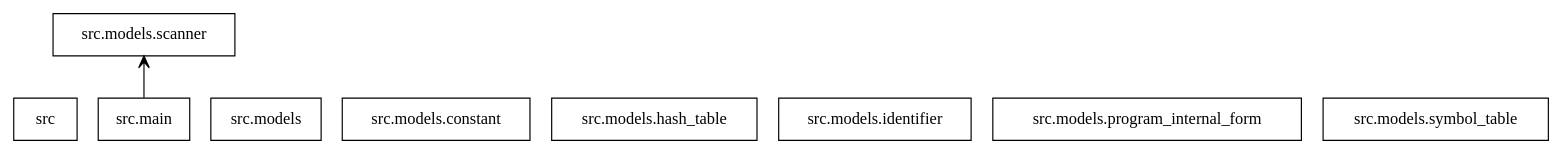
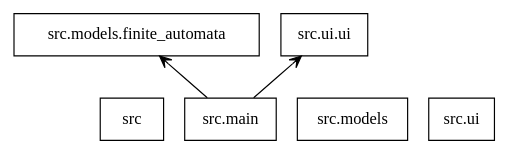
One commit to adrian-popa/flcd changed the diagram in Lab4/packages.dot. Above: the diagram before and after it, drawn with Graphviz. The commit also changed 47 other files, not shown here.

Commit message:
Added Lab4 (Finite Automata elements in Python)

```diff
--- a/Lab4/packages.dot
+++ b/Lab4/packages.dot
@@ -1,14 +1,12 @@
 digraph "packages" {
 charset="utf-8"
 rankdir=BT
 "0" [label="src", shape="box"];
 "1" [label="src.main", shape="box"];
 "2" [label="src.models", shape="box"];
-"3" [label="src.models.constant", shape="box"];
-"4" [label="src.models.hash_table", shape="box"];
-"5" [label="src.models.identifier", shape="box"];
-"6" [label="src.models.program_internal_form", shape="box"];
-"7" [label="src.models.scanner", shape="box"];
-"8" [label="src.models.symbol_table", shape="box"];
-"1" -> "7" [arrowhead="open", arrowtail="none"];
+"3" [label="src.models.finite_automata", shape="box"];
+"4" [label="src.ui", shape="box"];
+"5" [label="src.ui.ui", shape="box"];
+"1" -> "3" [arrowhead="open", arrowtail="none"];
+"1" -> "5" [arrowhead="open", arrowtail="none"];
 }
```
